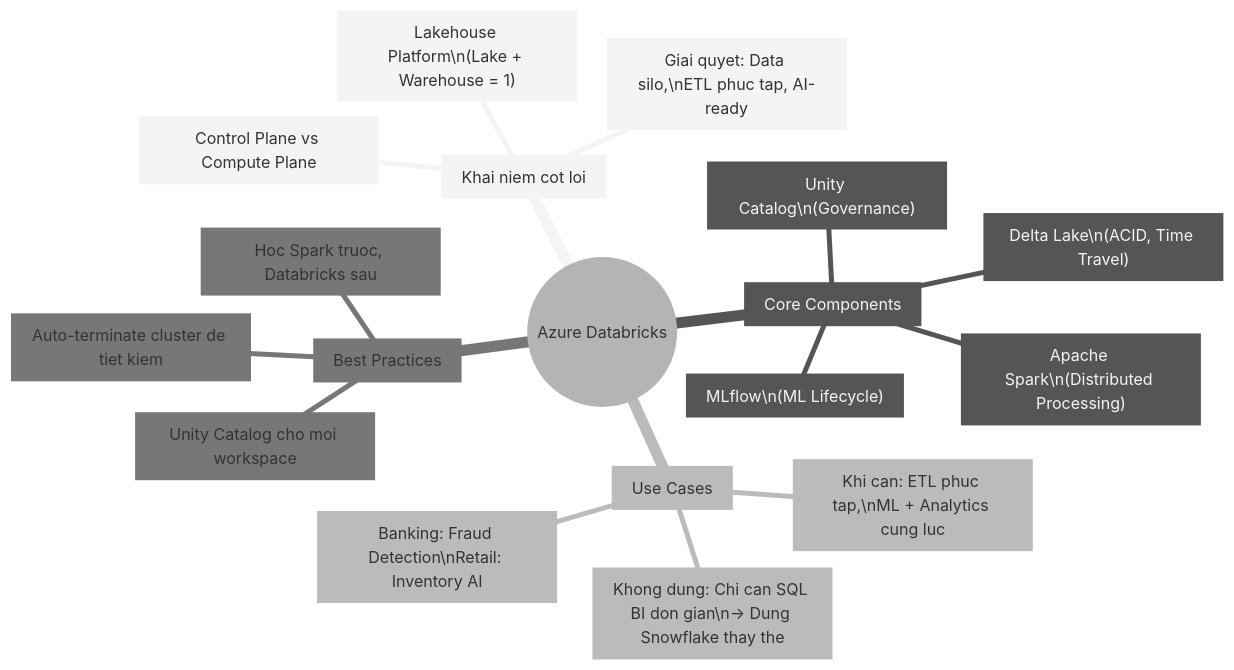
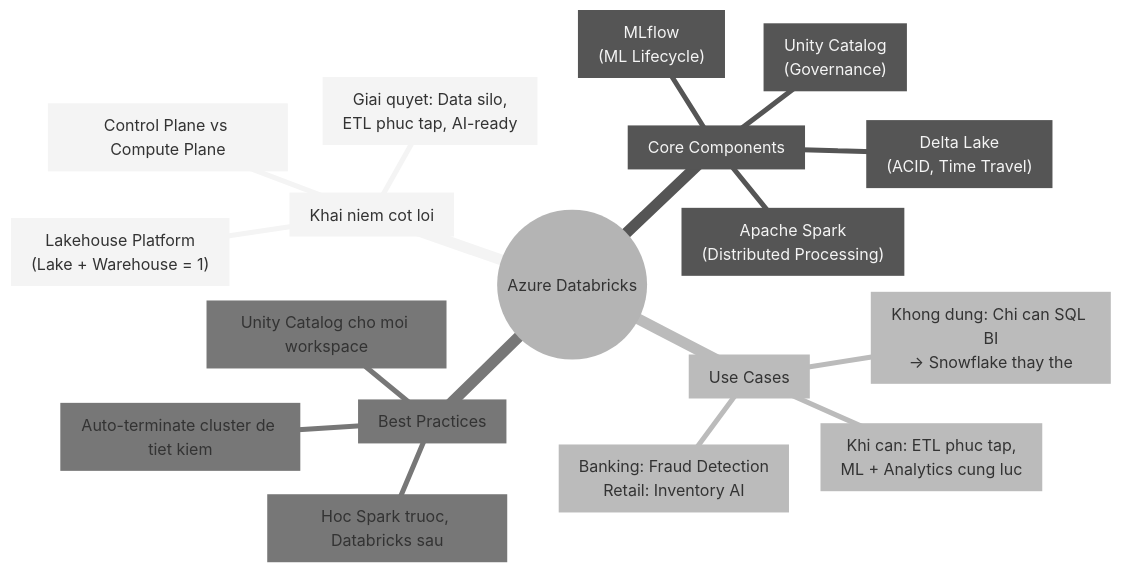
The sixth of 6 diagrams in blog/2026-03-03/azure-databricks-strategic-learning.mdx (vuanhtu1993/vuanhtu1993.github.io), drawn with Mermaid (neutral theme) before and after one commit. The commit also changed other lines of this file and 2 other files, not shown here.

````diff
--- a/blog/2026-03-03/azure-databricks-strategic-learning.mdx
+++ b/blog/2026-03-03/azure-databricks-strategic-learning.mdx
@@ -327,21 +327,21 @@
 ```mermaid
 mindmap
   root(("Azure Databricks"))
     Concept["Khai niem cot loi"]
-      def["Lakehouse Platform\n(Lake + Warehouse = 1)"]
-      prob["Giai quyet: Data silo,\nETL phuc tap, AI-ready"]
+      def["Lakehouse Platform<br>(Lake + Warehouse = 1)"]
+      prob["Giai quyet: Data silo,<br>ETL phuc tap, AI-ready"]
       arch["Control Plane vs Compute Plane"]
     Components["Core Components"]
-      spark["Apache Spark\n(Distributed Processing)"]
-      delta["Delta Lake\n(ACID, Time Travel)"]
-      mlflow["MLflow\n(ML Lifecycle)"]
-      unity["Unity Catalog\n(Governance)"]
+      spark["Apache Spark<br>(Distributed Processing)"]
+      delta["Delta Lake<br>(ACID, Time Travel)"]
+      mlflow["MLflow<br>(ML Lifecycle)"]
+      unity["Unity Catalog<br>(Governance)"]
     UseCases["Use Cases"]
-      when["Khi can: ETL phuc tap,\nML + Analytics cung luc"]
-      notwhen["Khong dung: Chi can SQL BI don gian\n-> Dung Snowflake thay the"]
-      example["Banking: Fraud Detection\nRetail: Inventory AI"]
+      when["Khi can: ETL phuc tap,<br>ML + Analytics cung luc"]
+      notwhen["Khong dung: Chi can SQL BI<br>-> Snowflake thay the"]
+      example["Banking: Fraud Detection<br>Retail: Inventory AI"]
     BestPractices["Best Practices"]
       conv["Hoc Spark truoc, Databricks sau"]
       sec["Unity Catalog cho moi workspace"]
       perf["Auto-terminate cluster de tiet kiem"]
 ```
````
